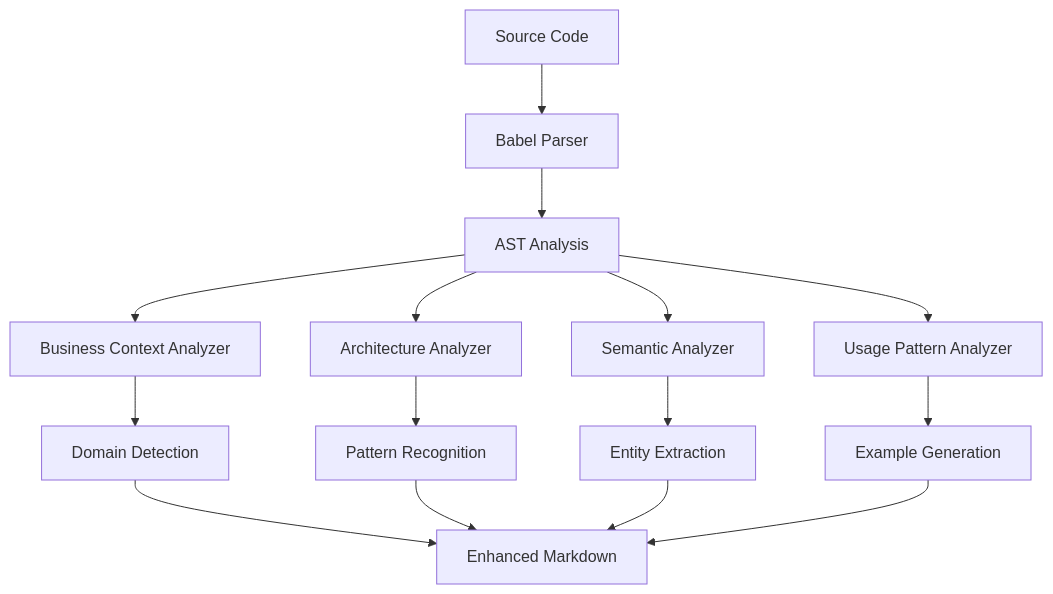
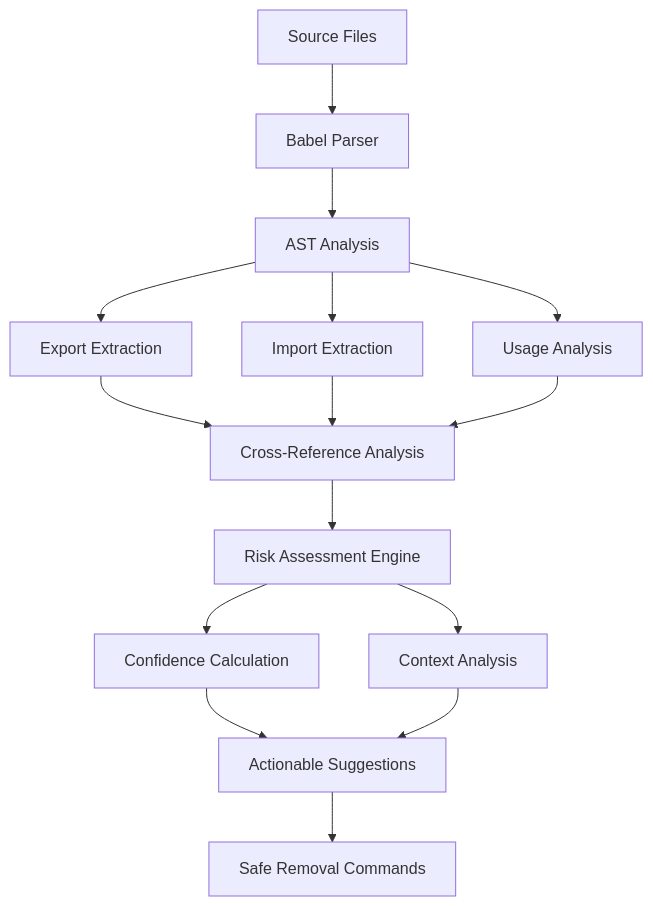
Before and after one commit to paulohenriquevn/m2js: the diagram in README.md, drawn with Mermaid. The commit also changed other lines of this file and 8 other files, not shown here.

First line of the commit message:
feat: Enhance README and add Dead Code Detection guide

````diff
--- a/README.md
+++ b/README.md
@@ -341,19 +492,20 @@
 ```mermaid
 graph TB
-    A[Source Code] --> B[Babel Parser]
+    A[Source Files] --> B[Babel Parser]
     B --> C[AST Analysis] 
-    C --> D[Business Context Analyzer]
-    C --> E[Architecture Analyzer]
-    C --> F[Semantic Analyzer]
-    C --> G[Usage Pattern Analyzer]
+    C --> D[Export Extraction]
+    C --> E[Import Extraction]
+    C --> F[Usage Analysis]
     
-    D --> H[Domain Detection]
-    E --> I[Pattern Recognition]
-    F --> J[Entity Extraction]
-    G --> K[Example Generation]
+    D --> G[Cross-Reference Analysis]
+    E --> G
+    F --> G
     
-    H --> L[Enhanced Markdown]
-    I --> L
-    J --> L
-    K --> L
+    G --> H[Risk Assessment Engine]
+    H --> I[Confidence Calculation]
+    H --> J[Context Analysis]
+    
+    I --> K[Actionable Suggestions]
+    J --> K
+    K --> L[Safe Removal Commands]
 ```
````
